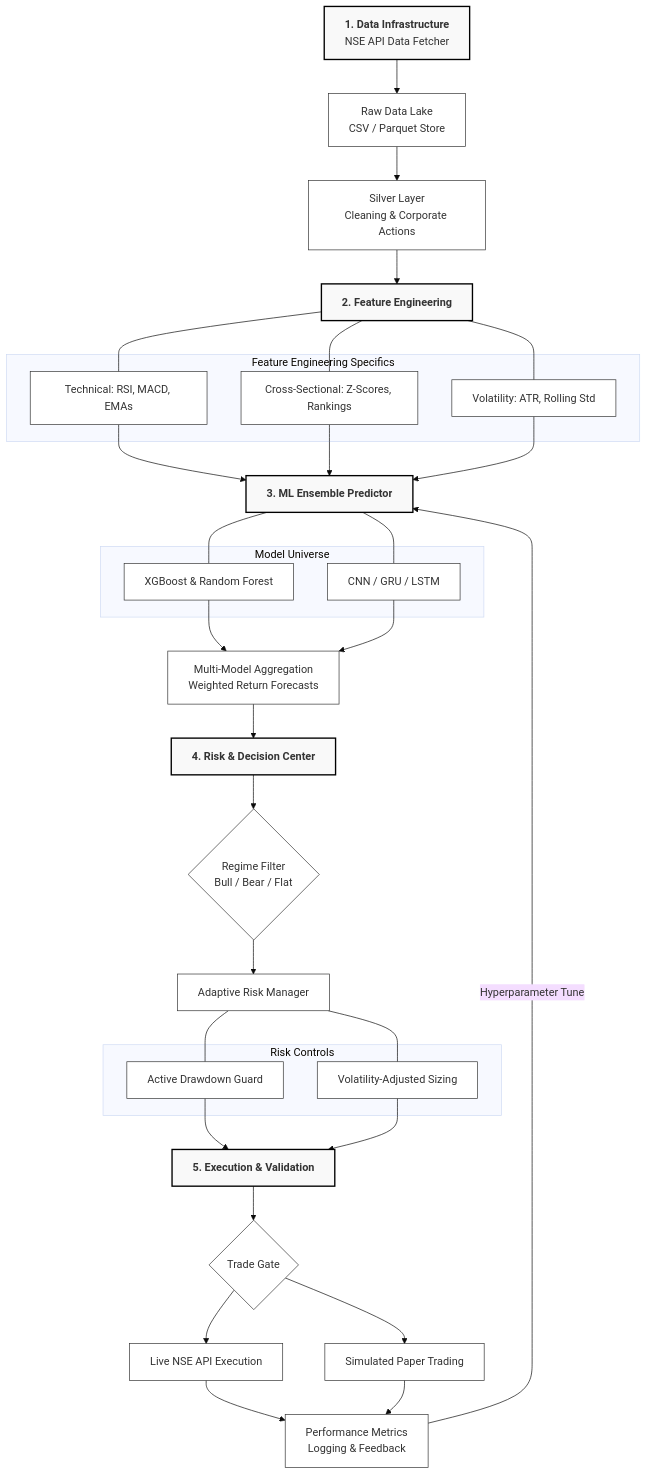
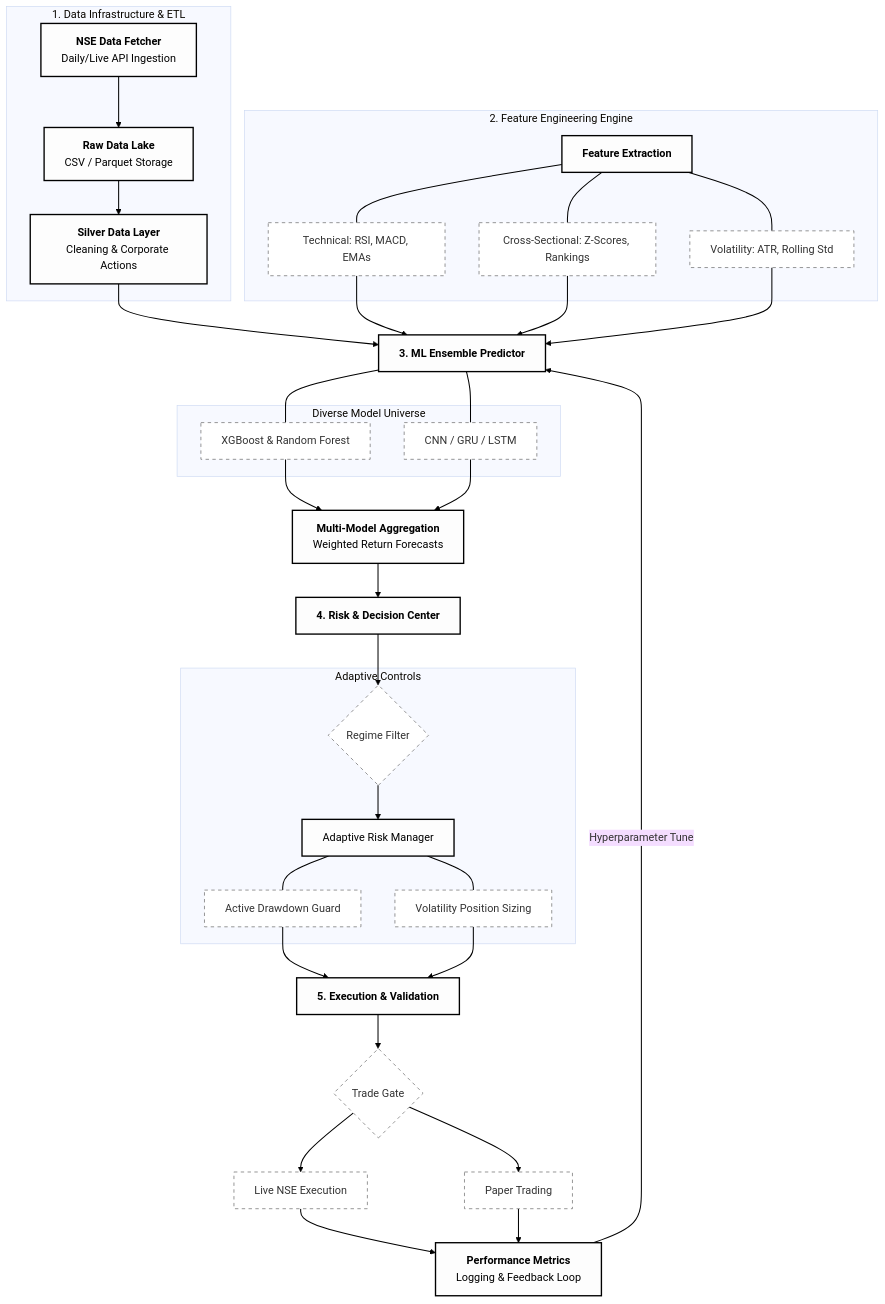
The diagram in README.md (N0AHZACH/Quant_Engine), drawn with Mermaid (base theme) before and after one commit.

Commit message:
Final: High-contrast architecture diagram with clear black text and sharp lines

````diff
--- a/README.md
+++ b/README.md
@@ -25,52 +25,60 @@
 ```mermaid
 graph TD
-    %% Global Styles
-    classDef default fill:#fff,stroke:#333,stroke-width:1px;
-    classDef highlight fill:#f9f9f9,stroke:#000,stroke-width:2px;
+    %% Global Style Definitions
+    classDef mainNode fill:#fdfdfd,stroke:#000,stroke-width:2px,color:#000;
+    classDef subNode fill:#fff,stroke:#666,stroke-width:1px,color:#333,stroke-dasharray: 5 5;
 
-    %% Data Pipeline
-    A[<b>1. Data Infrastructure</b><br/>NSE API Data Fetcher] --> B[Raw Data Lake<br/>CSV / Parquet Store]
-    B --> C[Silver Layer<br/>Cleaning & Corporate Actions]
-    C --> D[<b>2. Feature Engineering</b>]
-    
-    subgraph Feature_Set [Feature Engineering Specifics]
+    %% 1. Data Pipeline
+    subgraph Data_Pipeline [1. Data Infrastructure & ETL]
+        A[<b>NSE Data Fetcher</b><br/>Daily/Live API Ingestion] --> B[<b>Raw Data Lake</b><br/>CSV / Parquet Storage]
+        B --> C[<b>Silver Data Layer</b><br/>Cleaning & Corporate Actions]
+    end
+    class A,B,C mainNode;
+
+    %% 2. Feature Engineering
+    subgraph Feature_Layer [2. Feature Engineering Engine]
+        D[<b>Feature Extraction</b>]
         D1[Technical: RSI, MACD, EMAs]
         D2[Cross-Sectional: Z-Scores, Rankings]
         D3[Volatility: ATR, Rolling Std]
+        D --- D1 & D2 & D3
     end
-    D --- D1 & D2 & D3
+    class D mainNode;
+    class D1,D2,D3 subNode;
 
-    %% Intelligence Layer
-    D1 & D2 & D3 --> E[<b>3. ML Ensemble Predictor</b>]
-    
-    subgraph Model_Mix [Model Universe]
+    %% 3. ML Ensemble
+    C & D1 & D2 & D3 --> E[<b>3. ML Ensemble Predictor</b>]
+    subgraph ML_Models [Diverse Model Universe]
         E1[XGBoost & Random Forest]
         E2[CNN / GRU / LSTM]
     end
     E --- E1 & E2
-    
-    E1 & E2 --> F[Multi-Model Aggregation<br/>Weighted Return Forecasts]
+    E1 & E2 --> F[<b>Multi-Model Aggregation</b><br/>Weighted Return Forecasts]
+    class E,F mainNode;
+    class E1,E2 subNode;
 
-    %% Risk & Decision
+    %% 4. Risk & Decision
     F --> G[<b>4. Risk & Decision Center</b>]
-    G --> H{Regime Filter<br/>Bull / Bear / Flat}
-    H --> I[Adaptive Risk Manager]
-    
-    subgraph Controls [Risk Controls]
+    subgraph Risk_Controls [Adaptive Controls]
+        H{Regime Filter}
+        I[Adaptive Risk Manager]
         I1[Active Drawdown Guard]
-        I2[Volatility-Adjusted Sizing]
+        I2[Volatility Position Sizing]
     end
-    I --- I1 & I2
+    G --> H --> I --- I1 & I2
+    class G,I mainNode;
+    class H,I1,I2 subNode;
 
-    %% Execution
+    %% 5. Execution & Feedback
     I1 & I2 --> J[<b>5. Execution & Validation</b>]
     J --> K{Trade Gate}
-    K --> L[Live NSE API Execution]
-    K --> M[Simulated Paper Trading]
-    
-    L & M --> N[Performance Metrics<br/>Logging & Feedback]
+    K --> L[Live NSE Execution]
+    K --> M[Paper Trading]
+    L & M --> N[<b>Performance Metrics</b><br/>Logging & Feedback Loop]
     N -->|Hyperparameter Tune| E
+    class J,N mainNode;
+    class K,L,M subNode;
 
-    %% Class Assignments
-    class A,D,E,G,J highlight;
+    %% High-level connections
+    linkStyle default stroke:#000,stroke-width:1.5px;
 ```
````
